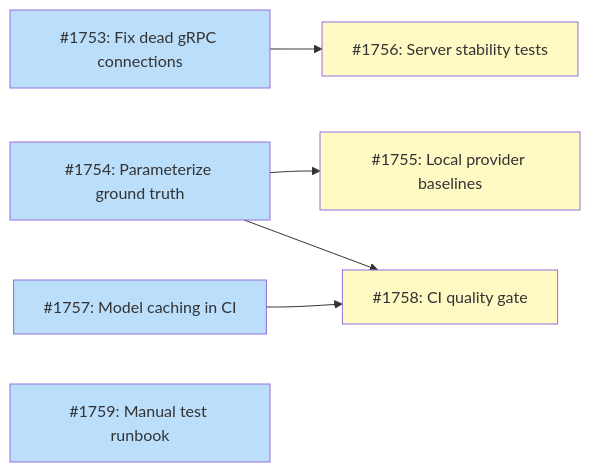
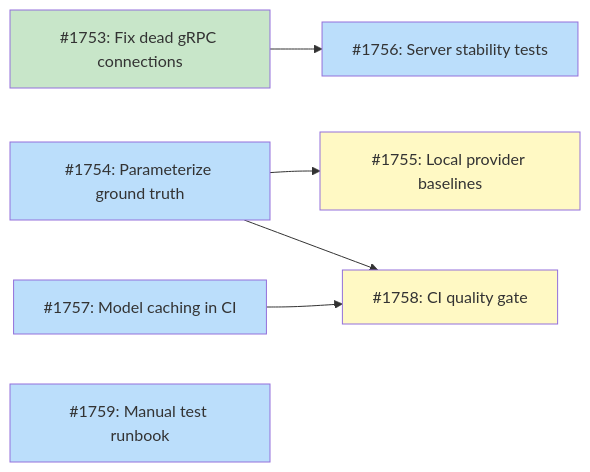
One commit to tsukumogami/tsuku changed the diagram in docs/designs/DESIGN-llm-testing-strategy.md. Above: the diagram before and after it, drawn with Mermaid. The commit also changed other lines of this file and 3 other files, not shown here.

````diff
--- a/docs/designs/DESIGN-llm-testing-strategy.md
+++ b/docs/designs/DESIGN-llm-testing-strategy.md
@@ -42,24 +42,25 @@
 ```mermaid
 graph LR
     I1753["#1753: Fix dead gRPC connections"]
     I1754["#1754: Parameterize ground truth"]
     I1755["#1755: Local provider baselines"]
     I1756["#1756: Server stability tests"]
     I1757["#1757: Model caching in CI"]
     I1758["#1758: CI quality gate"]
     I1759["#1759: Manual test runbook"]
 
     I1753 --> I1756
     I1754 --> I1755
     I1754 --> I1758
     I1757 --> I1758
 
     classDef done fill:#c8e6c9
     classDef ready fill:#bbdefb
     classDef blocked fill:#fff9c4
     classDef needsDesign fill:#e1bee7
     classDef tracksDesign fill:#FFE0B2,stroke:#F57C00,color:#000
 
-    class I1753,I1754,I1757,I1759 ready
-    class I1755,I1756,I1758 blocked
+    class I1753 done
+    class I1754,I1756,I1757,I1759 ready
+    class I1755,I1758 blocked
 ```
````
